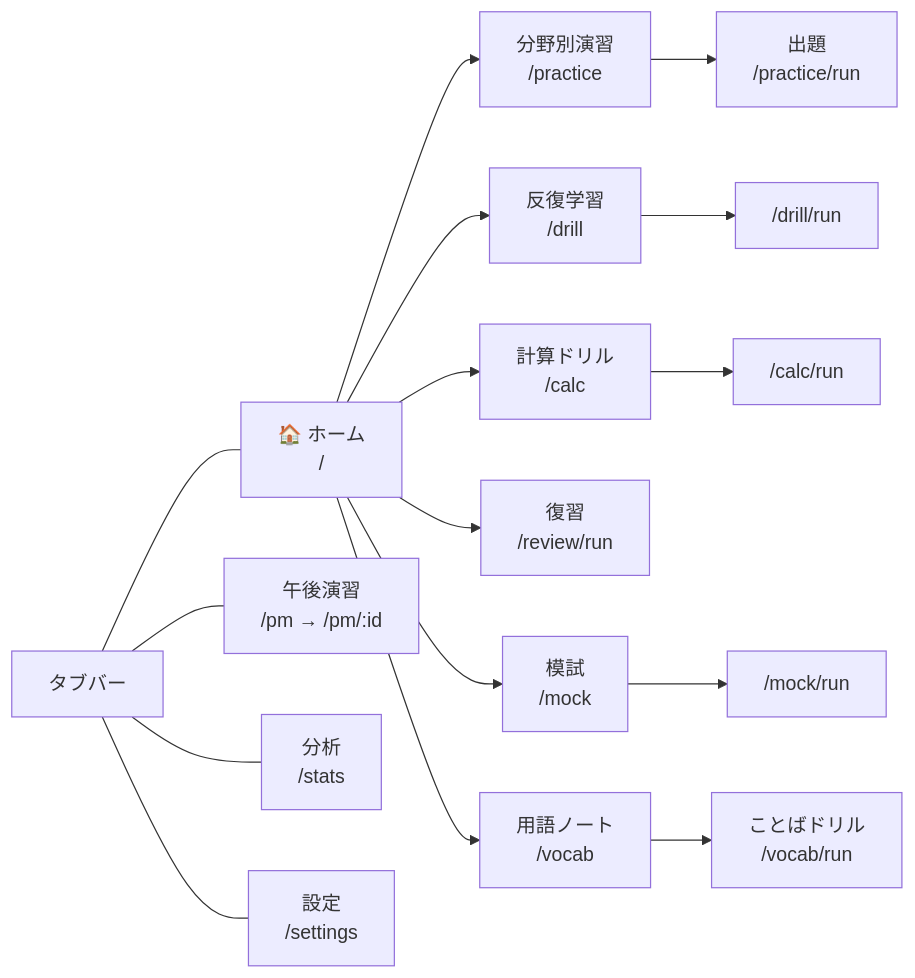
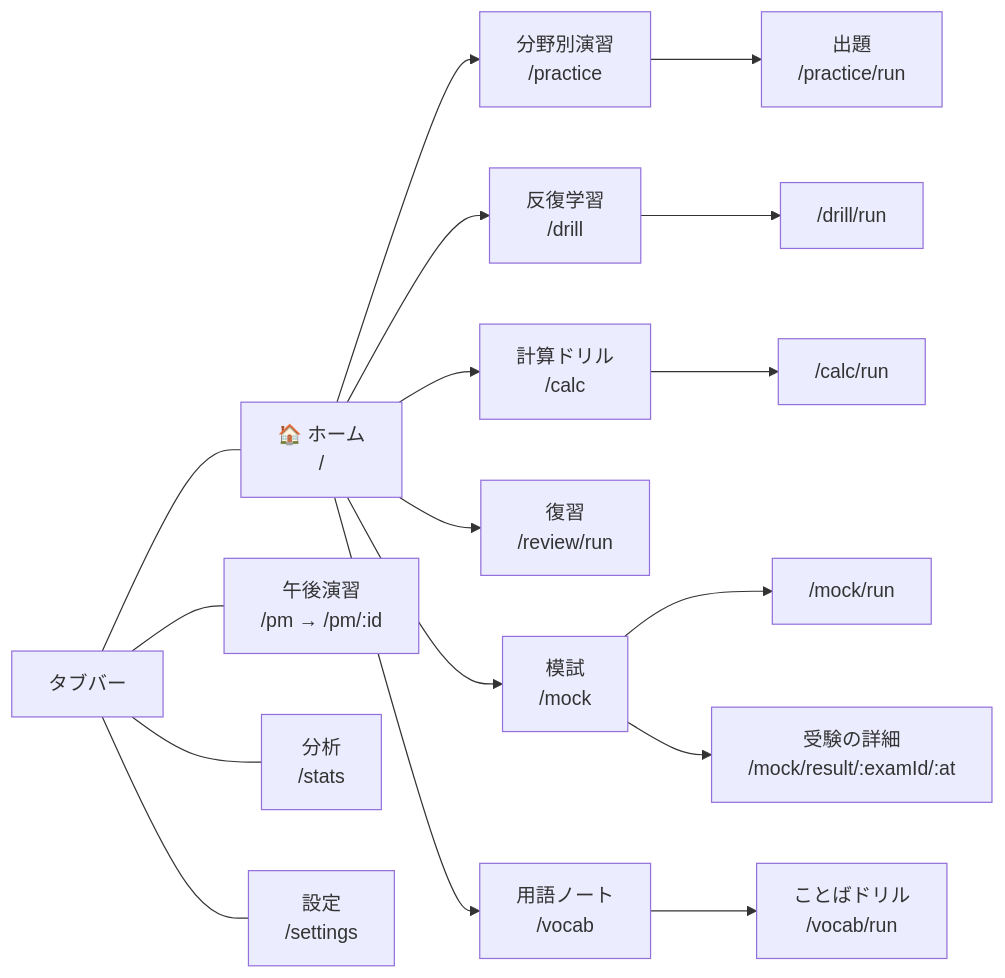
One commit to westplainblue/ap-study changed the diagram in docs/設計/機能マップ.md. Above: the diagram before and after it, drawn with Mermaid. The commit also changed other lines of this file and 7 other files, not shown here.

````diff
--- a/docs/設計/機能マップ.md
+++ b/docs/設計/機能マップ.md
@@ -34,13 +34,14 @@
 ```mermaid
 flowchart LR
   Home["🏠 ホーム<br/>/"] --> P1["分野別演習<br/>/practice"] --> P2["出題<br/>/practice/run"]
   Home --> D1["反復学習<br/>/drill"] --> D2["/drill/run"]
   Home --> C1["計算ドリル<br/>/calc"] --> C2["/calc/run"]
   Home --> R["復習<br/>/review/run"]
   Home --> M1["模試<br/>/mock"] --> M2["/mock/run"]
+  M1 --> M3["受験の詳細<br/>/mock/result/:examId/:at"]
   Home --> V1["用語ノート<br/>/vocab"] --> V2["ことばドリル<br/>/vocab/run"]
   Tab["タブバー"] --- Home
   Tab --- PM["午後演習<br/>/pm → /pm/:id"]
   Tab --- S["分析<br/>/stats"]
   Tab --- SET["設定<br/>/settings"]
 ```
````
